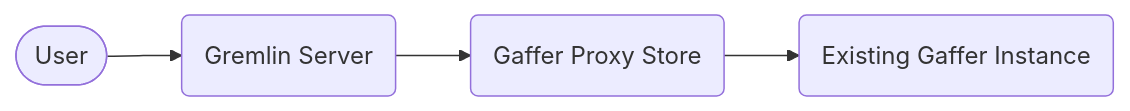
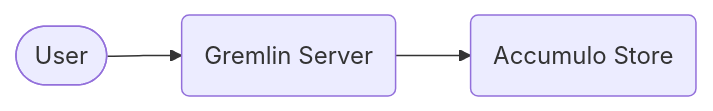
Before and after one commit to gchq/gaffer-doc: the diagram in docs/administration-guide/gaffer-deployment/gremlin.md, drawn with Mermaid. The commit also changed other lines of this file and 2 other files, not shown here.

````diff
--- a/docs/administration-guide/gaffer-deployment/gremlin.md
+++ b/docs/administration-guide/gaffer-deployment/gremlin.md
@@ -46,7 +45,6 @@
 ```mermaid
 flowchart LR
     A(["User"])
     --> B("Gremlin Server")
-    --> C(Gaffer Proxy Store)
-    --> D(Existing Gaffer Instance)
+    --> C("Accumulo Store")
 ```
````
